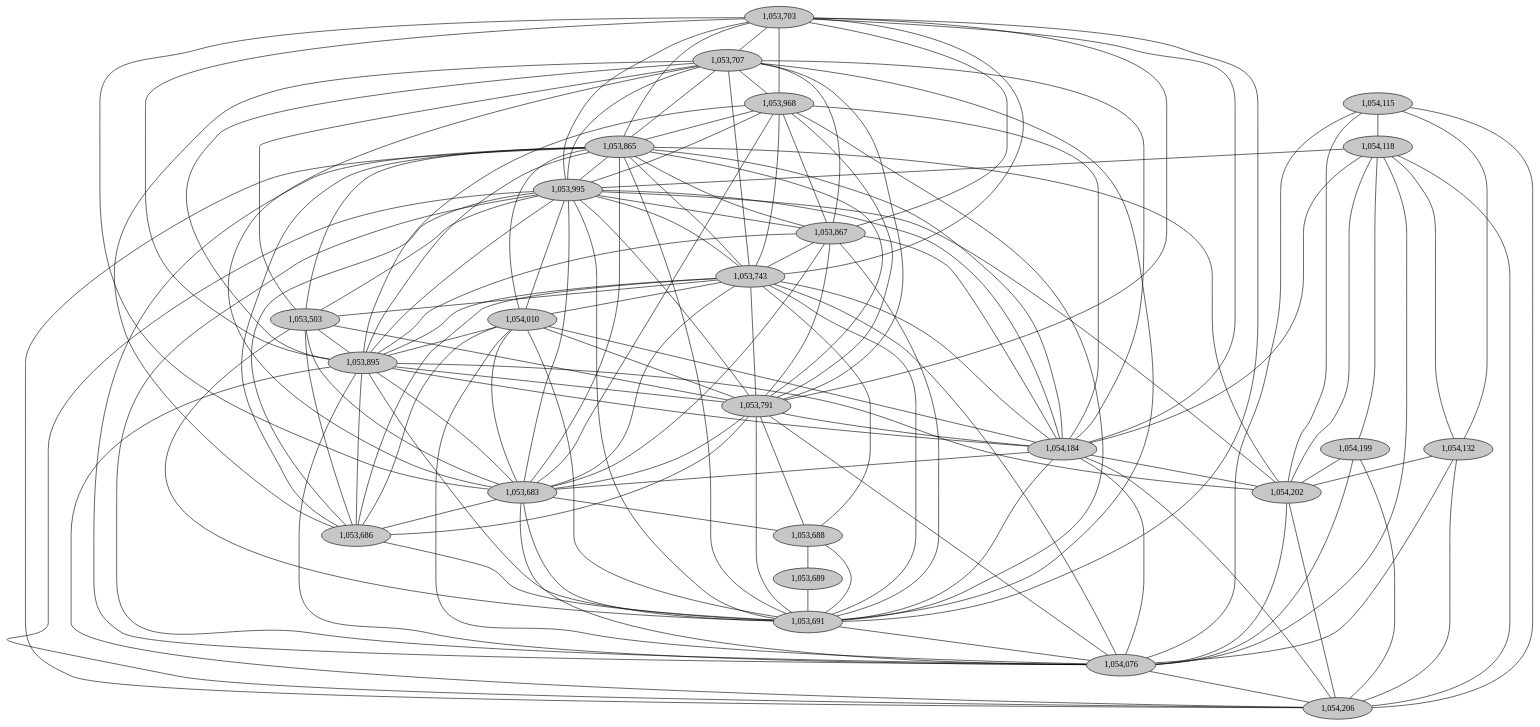
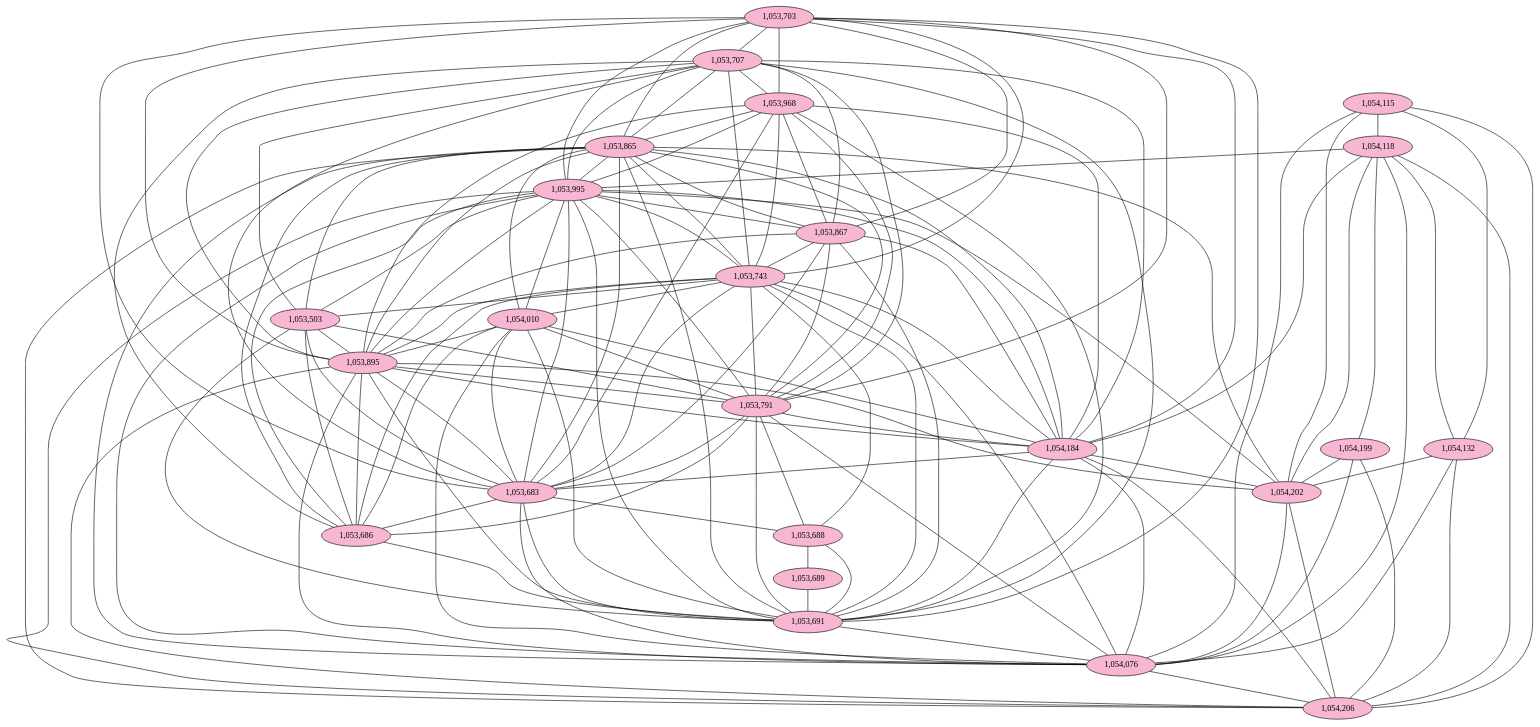
Before and after one commit to fedarko/sheepgut: the diagram in notebooks/graphs/CAMP_cc3.gv, drawn with Graphviz. The commit also changed 48 other files, not shown here.

```diff
--- a/notebooks/graphs/CAMP_cc3.gv
+++ b/notebooks/graphs/CAMP_cc3.gv
@@ -1,164 +1,164 @@
 graph CAMP_cc3 {
 	overlap="prism50";
 	outputorder="edgesfirst";
-	"1,053,703" [style="filled", fillcolor="#c7c7c7", fontcolor="#000000"];
-	"1,053,707" [style="filled", fillcolor="#c7c7c7", fontcolor="#000000"];
-	"1,053,968" [style="filled", fillcolor="#c7c7c7", fontcolor="#000000"];
-	"1,054,115" [style="filled", fillcolor="#c7c7c7", fontcolor="#000000"];
-	"1,054,118" [style="filled", fillcolor="#c7c7c7", fontcolor="#000000"];
-	"1,053,865" [style="filled", fillcolor="#c7c7c7", fontcolor="#000000"];
-	"1,053,995" [style="filled", fillcolor="#c7c7c7", fontcolor="#000000"];
-	"1,053,867" [style="filled", fillcolor="#c7c7c7", fontcolor="#000000"];
-	"1,053,743" [style="filled", fillcolor="#c7c7c7", fontcolor="#000000"];
-	"1,054,132" [style="filled", fillcolor="#c7c7c7", fontcolor="#000000"];
-	"1,054,010" [style="filled", fillcolor="#c7c7c7", fontcolor="#000000"];
-	"1,053,503" [style="filled", fillcolor="#c7c7c7", fontcolor="#000000"];
-	"1,053,895" [style="filled", fillcolor="#c7c7c7", fontcolor="#000000"];
-	"1,053,791" [style="filled", fillcolor="#c7c7c7", fontcolor="#000000"];
-	"1,054,184" [style="filled", fillcolor="#c7c7c7", fontcolor="#000000"];
-	"1,053,683" [style="filled", fillcolor="#c7c7c7", fontcolor="#000000"];
-	"1,053,686" [style="filled", fillcolor="#c7c7c7", fontcolor="#000000"];
-	"1,054,199" [style="filled", fillcolor="#c7c7c7", fontcolor="#000000"];
-	"1,053,688" [style="filled", fillcolor="#c7c7c7", fontcolor="#000000"];
-	"1,053,689" [style="filled", fillcolor="#c7c7c7", fontcolor="#000000"];
-	"1,054,202" [style="filled", fillcolor="#c7c7c7", fontcolor="#000000"];
-	"1,053,691" [style="filled", fillcolor="#c7c7c7", fontcolor="#000000"];
-	"1,054,076" [style="filled", fillcolor="#c7c7c7", fontcolor="#000000"];
-	"1,054,206" [style="filled", fillcolor="#c7c7c7", fontcolor="#000000"];
+	"1,053,703" [style="filled", fillcolor="#f7b6d2", fontcolor="#000000"];
+	"1,053,707" [style="filled", fillcolor="#f7b6d2", fontcolor="#000000"];
+	"1,053,968" [style="filled", fillcolor="#f7b6d2", fontcolor="#000000"];
+	"1,054,115" [style="filled", fillcolor="#f7b6d2", fontcolor="#000000"];
+	"1,054,118" [style="filled", fillcolor="#f7b6d2", fontcolor="#000000"];
+	"1,053,865" [style="filled", fillcolor="#f7b6d2", fontcolor="#000000"];
+	"1,053,995" [style="filled", fillcolor="#f7b6d2", fontcolor="#000000"];
+	"1,053,867" [style="filled", fillcolor="#f7b6d2", fontcolor="#000000"];
+	"1,053,743" [style="filled", fillcolor="#f7b6d2", fontcolor="#000000"];
+	"1,054,132" [style="filled", fillcolor="#f7b6d2", fontcolor="#000000"];
+	"1,054,010" [style="filled", fillcolor="#f7b6d2", fontcolor="#000000"];
+	"1,053,503" [style="filled", fillcolor="#f7b6d2", fontcolor="#000000"];
+	"1,053,895" [style="filled", fillcolor="#f7b6d2", fontcolor="#000000"];
+	"1,053,791" [style="filled", fillcolor="#f7b6d2", fontcolor="#000000"];
+	"1,054,184" [style="filled", fillcolor="#f7b6d2", fontcolor="#000000"];
+	"1,053,683" [style="filled", fillcolor="#f7b6d2", fontcolor="#000000"];
+	"1,053,686" [style="filled", fillcolor="#f7b6d2", fontcolor="#000000"];
+	"1,054,199" [style="filled", fillcolor="#f7b6d2", fontcolor="#000000"];
+	"1,053,688" [style="filled", fillcolor="#f7b6d2", fontcolor="#000000"];
+	"1,053,689" [style="filled", fillcolor="#f7b6d2", fontcolor="#000000"];
+	"1,054,202" [style="filled", fillcolor="#f7b6d2", fontcolor="#000000"];
+	"1,053,691" [style="filled", fillcolor="#f7b6d2", fontcolor="#000000"];
+	"1,054,076" [style="filled", fillcolor="#f7b6d2", fontcolor="#000000"];
+	"1,054,206" [style="filled", fillcolor="#f7b6d2", fontcolor="#000000"];
 	"1,053,703" -- "1,053,683";
 	"1,053,703" -- "1,053,691";
 	"1,053,703" -- "1,053,707";
 	"1,053,703" -- "1,053,743";
 	"1,053,703" -- "1,053,791";
 	"1,053,703" -- "1,053,865";
 	"1,053,703" -- "1,053,867";
 	"1,053,703" -- "1,053,895";
 	"1,053,703" -- "1,053,968";
 	"1,053,703" -- "1,053,995";
 	"1,053,703" -- "1,054,184";
 	"1,053,707" -- "1,053,503";
 	"1,053,707" -- "1,053,683";
 	"1,053,707" -- "1,053,686";
 	"1,053,707" -- "1,053,691";
 	"1,053,707" -- "1,053,743";
 	"1,053,707" -- "1,053,791";
 	"1,053,707" -- "1,053,865";
 	"1,053,707" -- "1,053,867";
 	"1,053,707" -- "1,053,895";
 	"1,053,707" -- "1,053,968";
 	"1,053,707" -- "1,053,995";
 	"1,053,707" -- "1,054,184";
 	"1,053,968" -- "1,053,683";
 	"1,053,968" -- "1,053,691";
 	"1,053,968" -- "1,053,743";
 	"1,053,968" -- "1,053,791";
 	"1,053,968" -- "1,053,865";
 	"1,053,968" -- "1,053,867";
 	"1,053,968" -- "1,053,895";
 	"1,053,968" -- "1,053,995";
 	"1,053,968" -- "1,054,184";
 	"1,054,115" -- "1,054,076";
 	"1,054,115" -- "1,054,118";
 	"1,054,115" -- "1,054,132";
 	"1,054,115" -- "1,054,202";
 	"1,054,115" -- "1,054,206";
 	"1,054,118" -- "1,053,995";
 	"1,054,118" -- "1,054,076";
 	"1,054,118" -- "1,054,132";
 	"1,054,118" -- "1,054,184";
 	"1,054,118" -- "1,054,199";
 	"1,054,118" -- "1,054,202";
 	"1,054,118" -- "1,054,206";
 	"1,053,865" -- "1,053,503";
 	"1,053,865" -- "1,053,683";
 	"1,053,865" -- "1,053,686";
 	"1,053,865" -- "1,053,691";
 	"1,053,865" -- "1,053,743";
 	"1,053,865" -- "1,053,791";
 	"1,053,865" -- "1,053,867";
 	"1,053,865" -- "1,053,895";
 	"1,053,865" -- "1,053,995";
 	"1,053,865" -- "1,054,010";
 	"1,053,865" -- "1,054,076";
 	"1,053,865" -- "1,054,184";
 	"1,053,865" -- "1,054,202";
 	"1,053,865" -- "1,054,206";
 	"1,053,995" -- "1,053,503";
 	"1,053,995" -- "1,053,683";
 	"1,053,995" -- "1,053,686";
 	"1,053,995" -- "1,053,691";
 	"1,053,995" -- "1,053,743";
 	"1,053,995" -- "1,053,791";
 	"1,053,995" -- "1,053,867";
 	"1,053,995" -- "1,053,895";
 	"1,053,995" -- "1,054,010";
 	"1,053,995" -- "1,054,076";
 	"1,053,995" -- "1,054,184";
 	"1,053,995" -- "1,054,202";
 	"1,053,995" -- "1,054,206";
 	"1,053,867" -- "1,053,683";
 	"1,053,867" -- "1,053,691";
 	"1,053,867" -- "1,053,743";
 	"1,053,867" -- "1,053,791";
 	"1,053,867" -- "1,053,895";
 	"1,053,867" -- "1,054,184";
 	"1,053,743" -- "1,053,503";
 	"1,053,743" -- "1,053,683";
 	"1,053,743" -- "1,053,686";
 	"1,053,743" -- "1,053,688";
 	"1,053,743" -- "1,053,691";
 	"1,053,743" -- "1,053,791";
 	"1,053,743" -- "1,053,895";
 	"1,053,743" -- "1,054,010";
 	"1,053,743" -- "1,054,076";
 	"1,053,743" -- "1,054,184";
 	"1,054,132" -- "1,054,076";
 	"1,054,132" -- "1,054,202";
 	"1,054,132" -- "1,054,206";
 	"1,054,010" -- "1,053,683";
 	"1,054,010" -- "1,053,686";
 	"1,054,010" -- "1,053,691";
 	"1,054,010" -- "1,053,791";
 	"1,054,010" -- "1,053,895";
 	"1,054,010" -- "1,054,076";
 	"1,054,010" -- "1,054,184";
 	"1,053,503" -- "1,053,683";
 	"1,053,503" -- "1,053,686";
 	"1,053,503" -- "1,053,691";
 	"1,053,503" -- "1,053,791";
 	"1,053,503" -- "1,053,895";
 	"1,053,895" -- "1,053,683";
 	"1,053,895" -- "1,053,686";
 	"1,053,895" -- "1,053,691";
 	"1,053,895" -- "1,053,791";
 	"1,053,895" -- "1,054,076";
 	"1,053,895" -- "1,054,184";
 	"1,053,895" -- "1,054,202";
 	"1,053,895" -- "1,054,206";
 	"1,053,791" -- "1,053,683";
 	"1,053,791" -- "1,053,686";
 	"1,053,791" -- "1,053,688";
 	"1,053,791" -- "1,053,691";
 	"1,053,791" -- "1,054,076";
 	"1,053,791" -- "1,054,184";
 	"1,054,184" -- "1,053,683";
 	"1,054,184" -- "1,053,691";
 	"1,054,184" -- "1,054,076";
 	"1,054,184" -- "1,054,202";
 	"1,054,184" -- "1,054,206";
 	"1,053,683" -- "1,053,686";
 	"1,053,683" -- "1,053,688";
 	"1,053,683" -- "1,053,691";
 	"1,053,683" -- "1,054,076";
 	"1,053,686" -- "1,053,691";
 	"1,054,199" -- "1,054,076";
 	"1,054,199" -- "1,054,202";
 	"1,054,199" -- "1,054,206";
 	"1,053,688" -- "1,053,689";
 	"1,053,688" -- "1,053,691";
 	"1,053,689" -- "1,053,691";
 	"1,054,202" -- "1,054,076";
 	"1,054,202" -- "1,054,206";
 	"1,053,691" -- "1,054,076";
 	"1,054,076" -- "1,054,206";
 }
```
